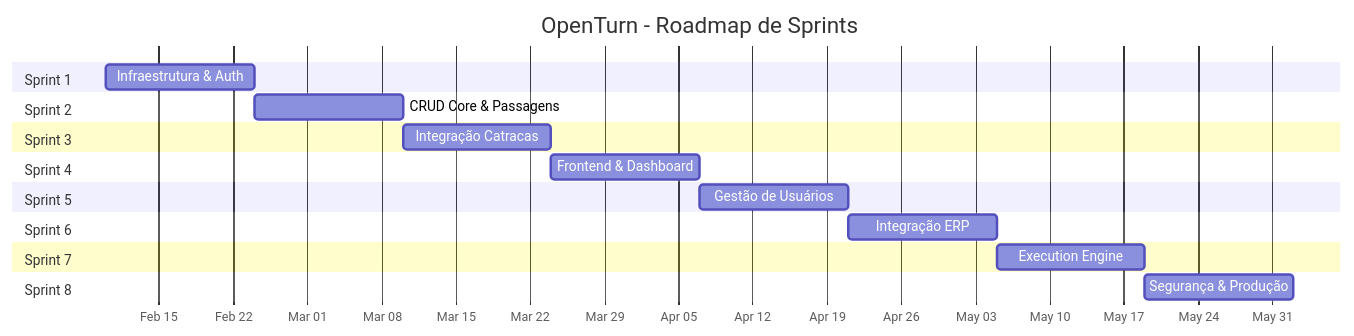
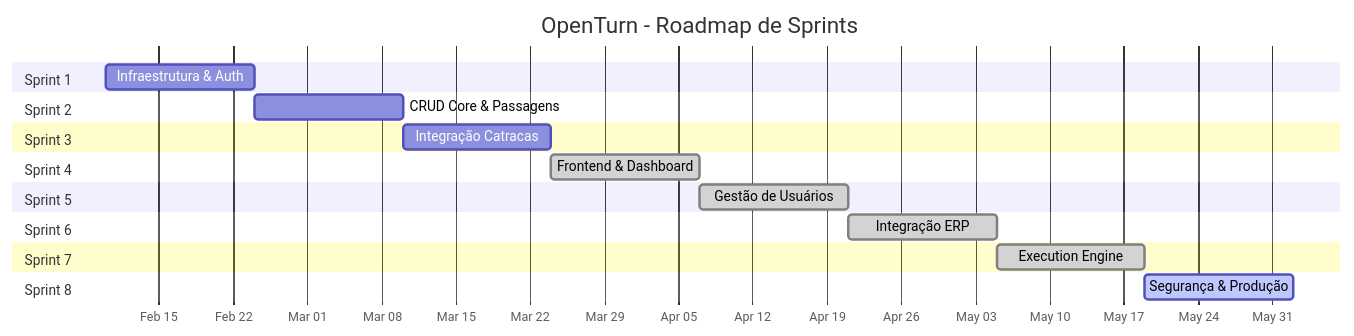
The first of 2 diagrams in docs/SPRINTS.md (marcosdslau/openturn), drawn with Mermaid before and after one commit. The commit also changed other lines of this file and 2 other files, not shown here.

````diff
--- a/docs/SPRINTS.md
+++ b/docs/SPRINTS.md
@@ -267,30 +267,30 @@
 ```mermaid
 gantt
     title OpenTurn - Roadmap de Sprints
     dateFormat  YYYY-MM-DD
     axisFormat  %b %d
 
     section Sprint 1
     Infraestrutura & Auth       :s1, 2026-02-10, 14d
 
     section Sprint 2
     CRUD Core & Passagens       :s2, after s1, 14d
 
     section Sprint 3
     Integração Catracas         :s3, after s2, 14d
 
     section Sprint 4
-    Frontend & Dashboard        :s4, after s3, 14d
+    Frontend & Dashboard        :done, s4, after s3, 14d
 
     section Sprint 5
-    Gestão de Usuários          :s5, after s4, 14d
+    Gestão de Usuários          :done, s5, after s4, 14d
 
     section Sprint 6
-    Integração ERP              :s6, after s5, 14d
+    Integração ERP              :done, s6, after s5, 14d
 
     section Sprint 7
-    Execution Engine            :s7, after s6, 14d
+    Execution Engine            :done, s7, after s6, 14d
 
     section Sprint 8
-    Segurança & Produção        :s8, after s7, 14d
+    Segurança & Produção        :active, s8, after s7, 14d
 ```
````
